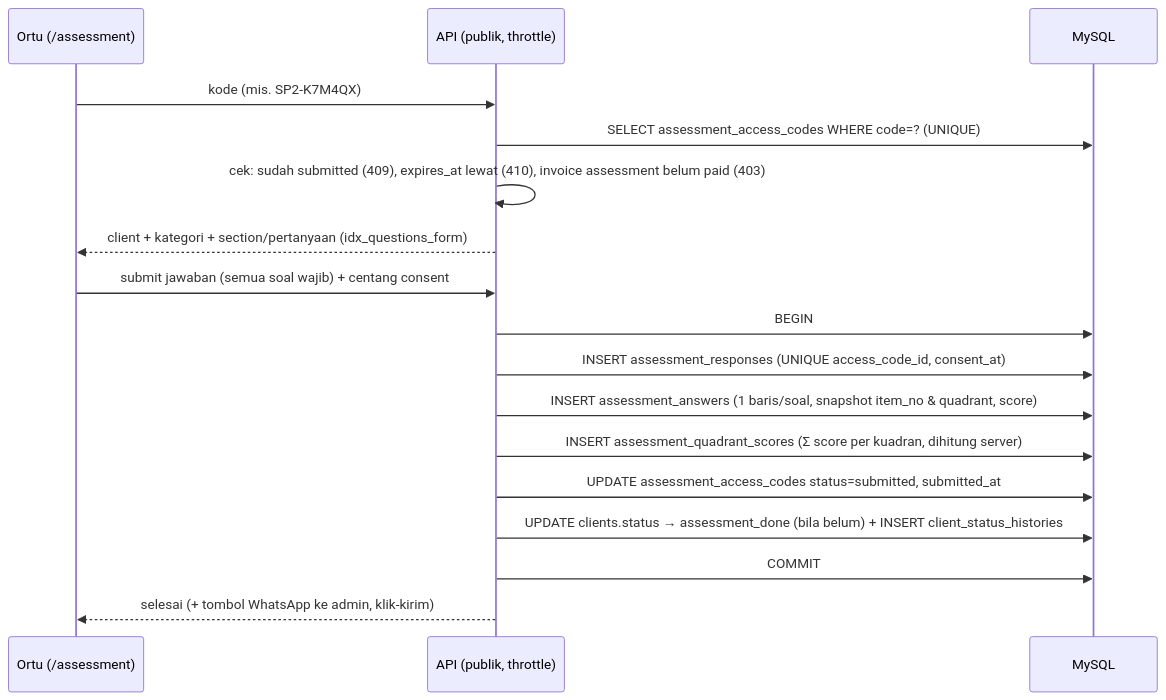
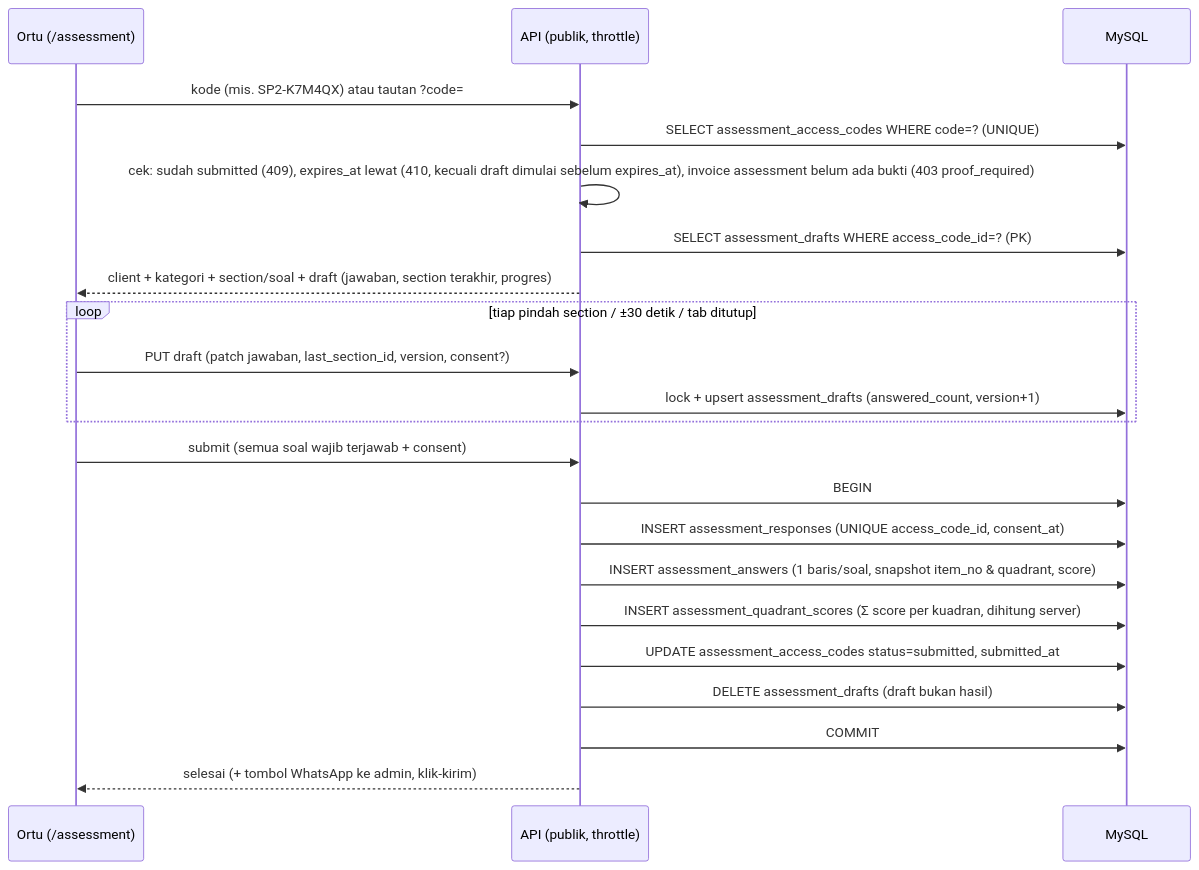
One commit to Iksan273/Therapedia changed the first of 6 diagrams in technical_workflow.md. Above: the diagram before and after it, drawn with Mermaid. The commit also changed other lines of this file and 62 other files, not shown here.

````diff
--- a/technical_workflow.md
+++ b/technical_workflow.md
@@ -182,19 +182,24 @@
 ```mermaid
 sequenceDiagram
   participant P as Ortu (/assessment)
   participant A as API (publik, throttle)
   participant D as MySQL
-  P->>A: kode (mis. SP2-K7M4QX)
+  P->>A: kode (mis. SP2-K7M4QX) atau tautan ?code=
   A->>D: SELECT assessment_access_codes WHERE code=? (UNIQUE)
-  A->>A: cek: sudah submitted (409), expires_at lewat (410), invoice assessment belum paid (403)
-  A-->>P: client + kategori + section/pertanyaan (idx_questions_form)
-  P->>A: submit jawaban (semua soal wajib) + centang consent
+  A->>A: cek: sudah submitted (409), expires_at lewat (410, kecuali draft dimulai sebelum expires_at), invoice assessment belum ada bukti (403 proof_required)
+  A->>D: SELECT assessment_drafts WHERE access_code_id=? (PK)
+  A-->>P: client + kategori + section/soal + draft (jawaban, section terakhir, progres)
+  loop tiap pindah section / ±30 detik / tab ditutup
+    P->>A: PUT draft (patch jawaban, last_section_id, version, consent?)
+    A->>D: lock + upsert assessment_drafts (answered_count, version+1)
+  end
+  P->>A: submit (semua soal wajib terjawab + consent)
   A->>D: BEGIN
   A->>D: INSERT assessment_responses (UNIQUE access_code_id, consent_at)
   A->>D: INSERT assessment_answers (1 baris/soal, snapshot item_no & quadrant, score)
   A->>D: INSERT assessment_quadrant_scores (Σ score per kuadran, dihitung server)
   A->>D: UPDATE assessment_access_codes status=submitted, submitted_at
-  A->>D: UPDATE clients.status → assessment_done (bila belum) + INSERT client_status_histories
+  A->>D: DELETE assessment_drafts (draft bukan hasil)
   A->>D: COMMIT
   A-->>P: selesai (+ tombol WhatsApp ke admin, klik-kirim)
 ```
````
